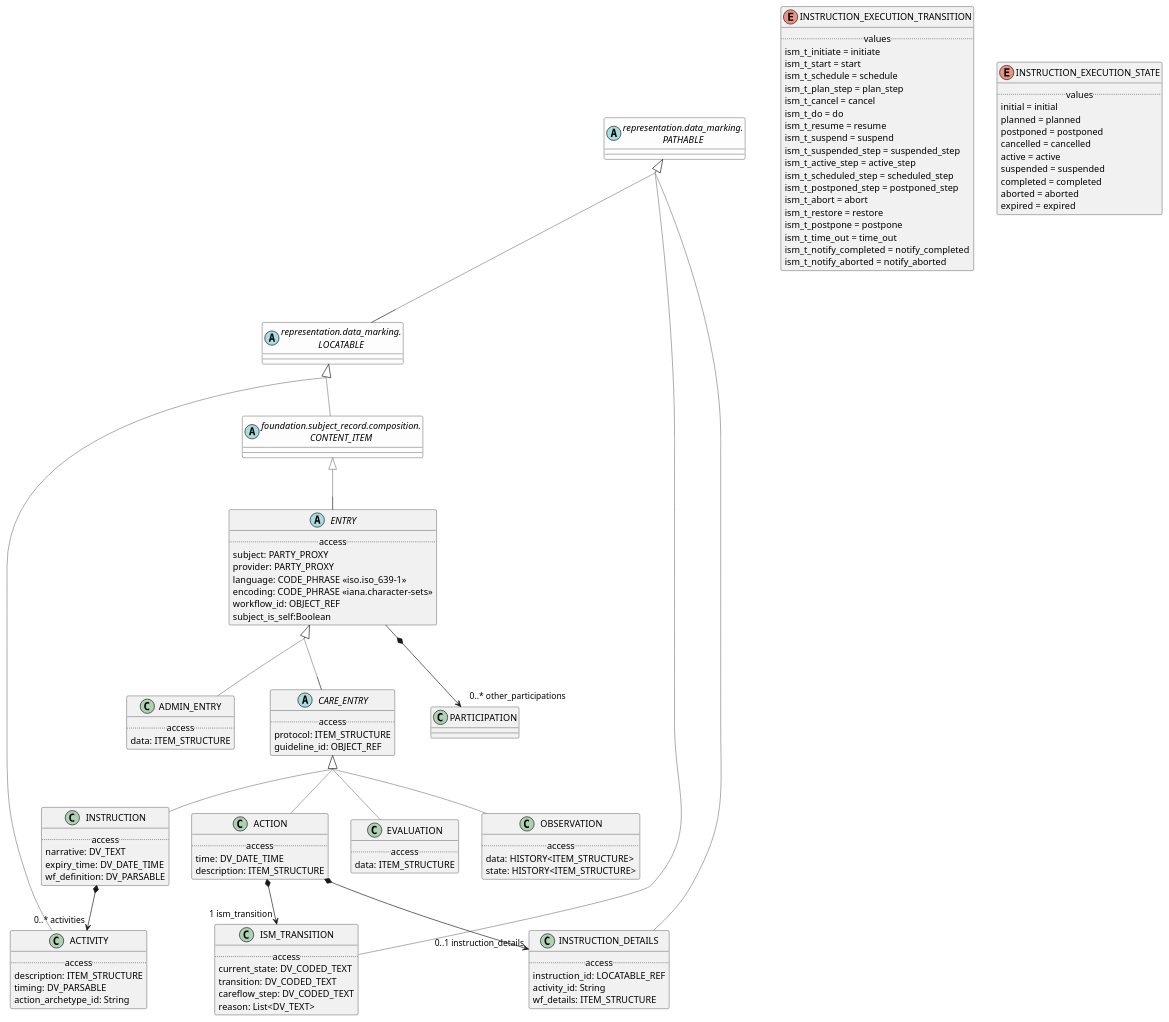
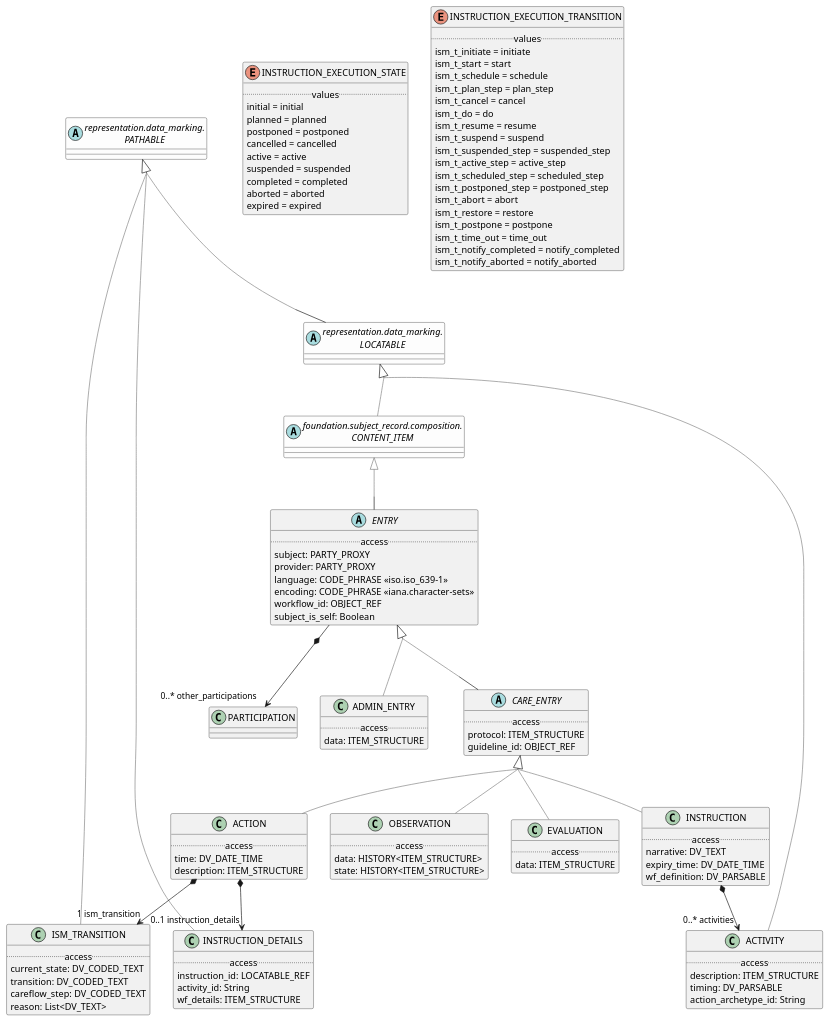
One commit to wolandscat/openehr-doc changed the diagram in modules/ROOT/examples/bmm/foundation/subject_record/statement/statement-package-uml.adoc. Above: the diagram before and after it, drawn with PlantUML. The commit also changed 293 other files, not shown here.

Commit message:
Regen with tweaks to UML output and correct metatypes for nested generics.

```diff
--- a/modules/ROOT/examples/bmm/foundation/subject_record/statement/statement-package-uml.adoc
+++ b/modules/ROOT/examples/bmm/foundation/subject_record/statement/statement-package-uml.adoc
@@ -8,24 +8,18 @@
 abstract class "representation.data_marking.\nLOCATABLE" as LOCATABLE  [[/openehr-doc/latest/representation/data_marking-gen.html#_class_locatable]] #FDFDFD {
 }
 
+LOCATABLE -[#gray]up-|> PATHABLE  
+
 CONTENT_ITEM -[#gray]up-|> LOCATABLE  
 
-LOCATABLE -[#gray]up-|> PATHABLE  
-
-abstract class ENTRY [[/openehr-doc/latest/foundation/subject_record-gen.html#_class_entry]] {
+class OBSERVATION [[/openehr-doc/latest/foundation/subject_record-gen.html#_class_observation]] {
         .. access ..
-        subject: PARTY_PROXY
-        provider: PARTY_PROXY
-        language: CODE_PHRASE «iso.iso_639-1»
-        encoding: CODE_PHRASE «iana.character-sets»
-        workflow_id: OBJECT_REF
-        subject_is_self:Boolean
+        data: HISTORY<ITEM_STRUCTURE>
+        state: HISTORY<ITEM_STRUCTURE>
 }
 
-ENTRY -[#gray]up-|> CONTENT_ITEM  
+OBSERVATION -[#gray]up-|> CARE_ENTRY  
 
-
-ENTRY *--> "0..* other_participations" PARTICIPATION
 
 class ISM_TRANSITION [[/openehr-doc/latest/foundation/subject_record-gen.html#_class_ism_transition]] {
         .. access ..
@@ -36,6 +30,39 @@
 }
 
 ISM_TRANSITION -[#gray]up-|> PATHABLE  
+
+
+class ACTIVITY [[/openehr-doc/latest/foundation/subject_record-gen.html#_class_activity]] {
+        .. access ..
+        description: ITEM_STRUCTURE
+        timing: DV_PARSABLE
+        action_archetype_id: String
+}
+
+ACTIVITY -[#gray]up-|> LOCATABLE  
+
+
+enum INSTRUCTION_EXECUTION_STATE [[/openehr-doc/latest/foundation/subject_record-gen.html#_class_instruction_execution_state]] {
+        .. values ..
+        initial = initial
+        planned = planned
+        postponed = postponed
+        cancelled = cancelled
+        active = active
+        suspended = suspended
+        completed = completed
+        aborted = aborted
+        expired = expired
+}
+
+class INSTRUCTION_DETAILS [[/openehr-doc/latest/foundation/subject_record-gen.html#_class_instruction_details]] {
+        .. access ..
+        instruction_id: LOCATABLE_REF
+        activity_id: String
+        wf_details: ITEM_STRUCTURE
+}
+
+INSTRUCTION_DETAILS -[#gray]up-|> PATHABLE  
 
 
 enum INSTRUCTION_EXECUTION_TRANSITION [[/openehr-doc/latest/foundation/subject_record-gen.html#_class_instruction_execution_transition]] {
@@ -60,23 +87,37 @@
         ism_t_notify_aborted = notify_aborted
 }
 
-class ADMIN_ENTRY [[/openehr-doc/latest/foundation/subject_record-gen.html#_class_admin_entry]] {
+class EVALUATION [[/openehr-doc/latest/foundation/subject_record-gen.html#_class_evaluation]] {
         .. access ..
         data: ITEM_STRUCTURE
 }
 
-ADMIN_ENTRY -[#gray]up-|> ENTRY  
+EVALUATION -[#gray]up-|> CARE_ENTRY  
 
 
-class INSTRUCTION_DETAILS [[/openehr-doc/latest/foundation/subject_record-gen.html#_class_instruction_details]] {
+abstract class CARE_ENTRY [[/openehr-doc/latest/foundation/subject_record-gen.html#_class_care_entry]] {
         .. access ..
-        instruction_id: LOCATABLE_REF
-        activity_id: String
-        wf_details: ITEM_STRUCTURE
+        protocol: ITEM_STRUCTURE
+        guideline_id: OBJECT_REF
 }
 
-INSTRUCTION_DETAILS -[#gray]up-|> PATHABLE  
+CARE_ENTRY -[#gray]up-|> ENTRY  
 
+
+abstract class ENTRY [[/openehr-doc/latest/foundation/subject_record-gen.html#_class_entry]] {
+        .. access ..
+        subject: PARTY_PROXY
+        provider: PARTY_PROXY
+        language: CODE_PHRASE «iso.iso_639-1»
+        encoding: CODE_PHRASE «iana.character-sets»
+        workflow_id: OBJECT_REF
+        subject_is_self: Boolean
+}
+
+ENTRY -[#gray]up-|> CONTENT_ITEM  
+
+
+ENTRY *--> "0..* other_participations" PARTICIPATION
 
 class INSTRUCTION [[/openehr-doc/latest/foundation/subject_record-gen.html#_class_instruction]] {
         .. access ..
@@ -89,29 +130,6 @@
 
 
 INSTRUCTION *--> "0..* activities" ACTIVITY
-
-enum INSTRUCTION_EXECUTION_STATE [[/openehr-doc/latest/foundation/subject_record-gen.html#_class_instruction_execution_state]] {
-        .. values ..
-        initial = initial
-        planned = planned
-        postponed = postponed
-        cancelled = cancelled
-        active = active
-        suspended = suspended
-        completed = completed
-        aborted = aborted
-        expired = expired
-}
-
-class ACTIVITY [[/openehr-doc/latest/foundation/subject_record-gen.html#_class_activity]] {
-        .. access ..
-        description: ITEM_STRUCTURE
-        timing: DV_PARSABLE
-        action_archetype_id: String
-}
-
-ACTIVITY -[#gray]up-|> LOCATABLE  
-
 
 class ACTION [[/openehr-doc/latest/foundation/subject_record-gen.html#_class_action]] {
         .. access ..
@@ -126,36 +144,18 @@
 
 ACTION *--> "0..1 instruction_details" INSTRUCTION_DETAILS
 
-class EVALUATION [[/openehr-doc/latest/foundation/subject_record-gen.html#_class_evaluation]] {
+class ADMIN_ENTRY [[/openehr-doc/latest/foundation/subject_record-gen.html#_class_admin_entry]] {
         .. access ..
         data: ITEM_STRUCTURE
 }
 
-EVALUATION -[#gray]up-|> CARE_ENTRY  
+ADMIN_ENTRY -[#gray]up-|> ENTRY  
 
-
-class OBSERVATION [[/openehr-doc/latest/foundation/subject_record-gen.html#_class_observation]] {
-        .. access ..
-        data: HISTORY<ITEM_STRUCTURE>
-        state: HISTORY<ITEM_STRUCTURE>
-}
-
-OBSERVATION -[#gray]up-|> CARE_ENTRY  
-
-
-abstract class CARE_ENTRY [[/openehr-doc/latest/foundation/subject_record-gen.html#_class_care_entry]] {
-        .. access ..
-        protocol: ITEM_STRUCTURE
-        guideline_id: OBJECT_REF
-}
-
-CARE_ENTRY -[#gray]up-|> ENTRY  
-
-abstract class "foundation.subject_record.composition.\nCONTENT_ITEM" as CONTENT_ITEM  [[/openehr-doc/latest/foundation/subject_record-gen.html#_class_content_item]] #FDFDFD {
-}
 abstract class "representation.data_marking.\nPATHABLE" as PATHABLE  [[/openehr-doc/latest/representation/data_marking-gen.html#_class_pathable]] #FDFDFD {
 }
 abstract class "representation.data_marking.\nLOCATABLE" as LOCATABLE  [[/openehr-doc/latest/representation/data_marking-gen.html#_class_locatable]] #FDFDFD {
 }
+abstract class "foundation.subject_record.composition.\nCONTENT_ITEM" as CONTENT_ITEM  [[/openehr-doc/latest/foundation/subject_record-gen.html#_class_content_item]] #FDFDFD {
+}
 
 ....
```
